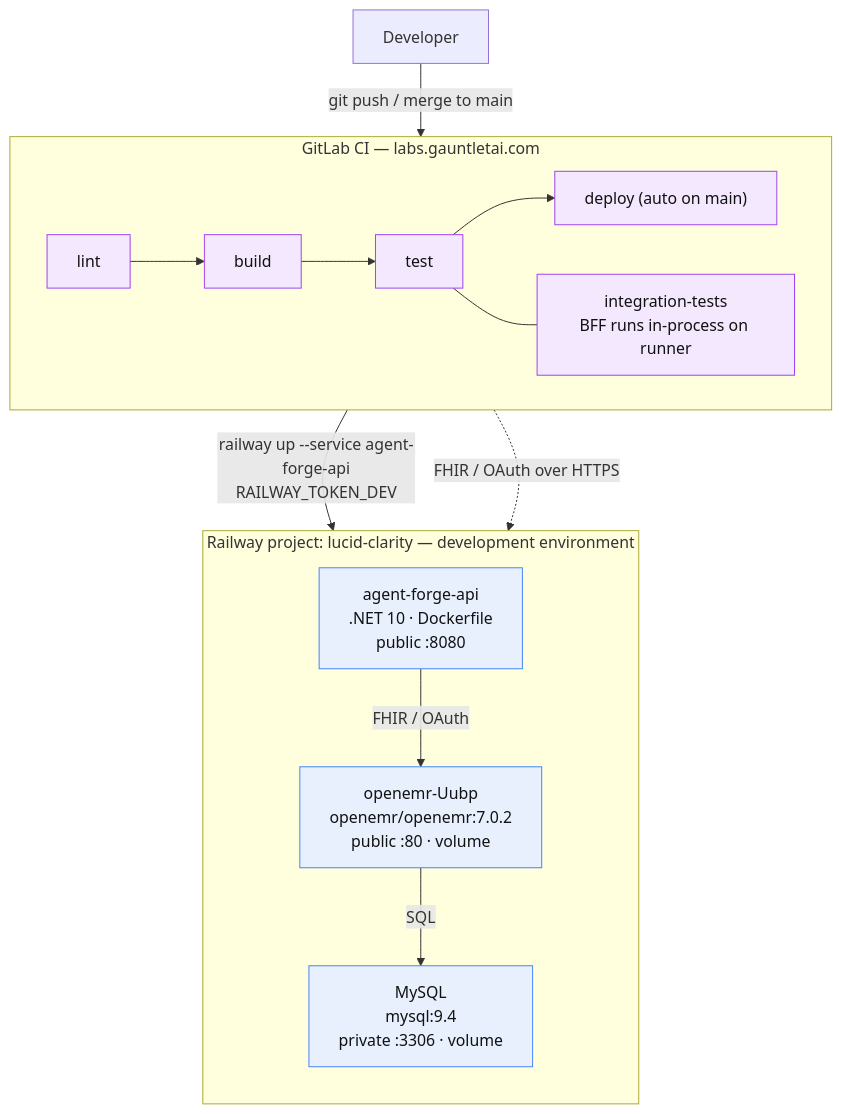
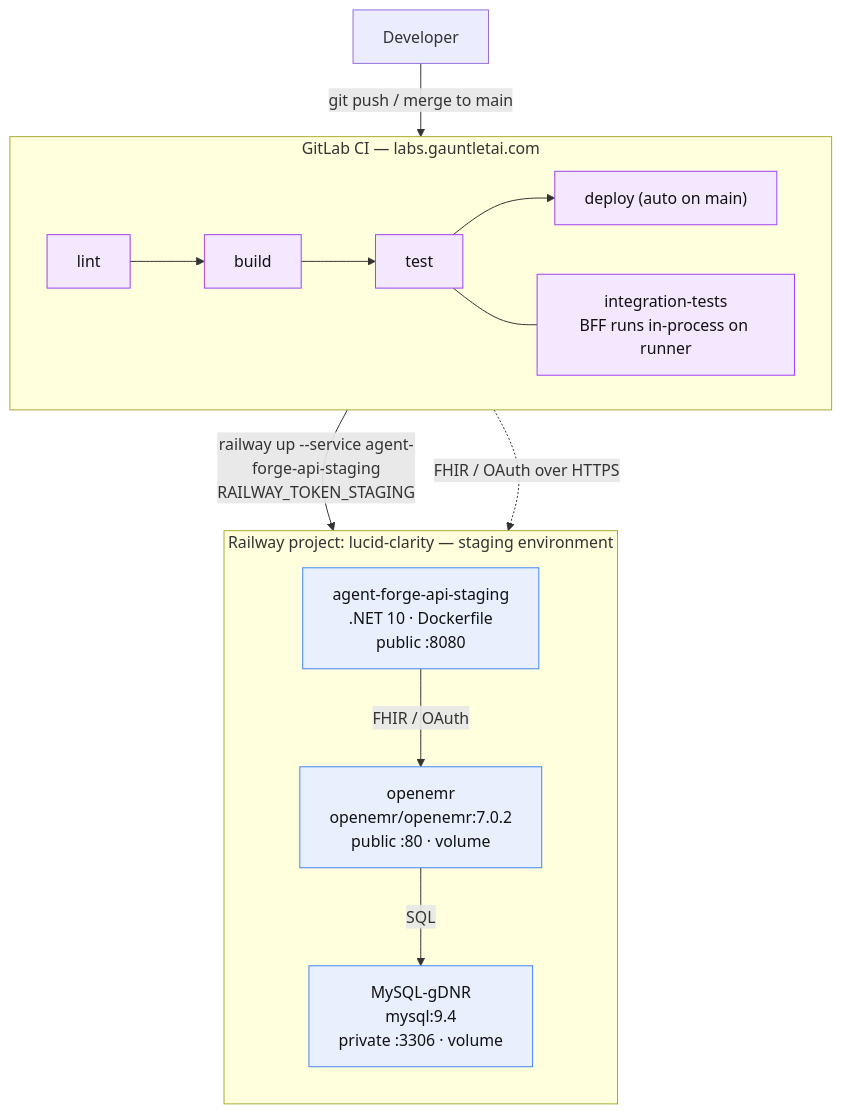
One commit to adammarquette/agent-forge-copilot changed the diagram in documentation/RAILWAY.md. Above: the diagram before and after it, drawn with Mermaid. The commit also changed other lines of this file and 9 other files, not shown here.

First line of the commit message:
chore: repoint CI/CD deploy target from development to staging

````diff
--- a/documentation/RAILWAY.md
+++ b/documentation/RAILWAY.md
@@ -26,29 +30,29 @@
 ```mermaid
 flowchart TB
     dev["Developer"]
 
     subgraph GL["GitLab CI &mdash; labs.gauntletai.com"]
         direction LR
         lint["lint"] --> build["build"] --> test["test"] --> deploy["deploy (auto on main)"]
         itest["integration-tests<br/>BFF runs in-process on runner"]
         test --- itest
     end
 
-    subgraph RW["Railway project: lucid-clarity &mdash; development environment"]
+    subgraph RW["Railway project: lucid-clarity &mdash; staging environment"]
         direction TB
-        api["agent-forge-api<br/>.NET 10 · Dockerfile<br/>public :8080"]
-        oe["openemr-Uubp<br/>openemr/openemr:7.0.2<br/>public :80 · volume"]
-        db["MySQL<br/>mysql:9.4<br/>private :3306 · volume"]
+        api["agent-forge-api-staging<br/>.NET 10 · Dockerfile<br/>public :8080"]
+        oe["openemr<br/>openemr/openemr:7.0.2<br/>public :80 · volume"]
+        db["MySQL-gDNR<br/>mysql:9.4<br/>private :3306 · volume"]
         api -->|FHIR / OAuth| oe
         oe -->|SQL| db
     end
 
     dev -->|git push / merge to main| lint
-    deploy -->|"railway up --service agent-forge-api<br/>RAILWAY_TOKEN_DEV"| api
+    deploy -->|"railway up --service agent-forge-api-staging<br/>RAILWAY_TOKEN_STAGING"| api
     itest -.->|FHIR / OAuth over HTTPS| oe
 
     classDef svc fill:#e8f0fe,stroke:#4285f4,color:#111;
     classDef ci fill:#f3e8fd,stroke:#a142f4,color:#111;
     class api,oe,db svc;
     class lint,build,test,deploy,itest ci;
 ```
````
